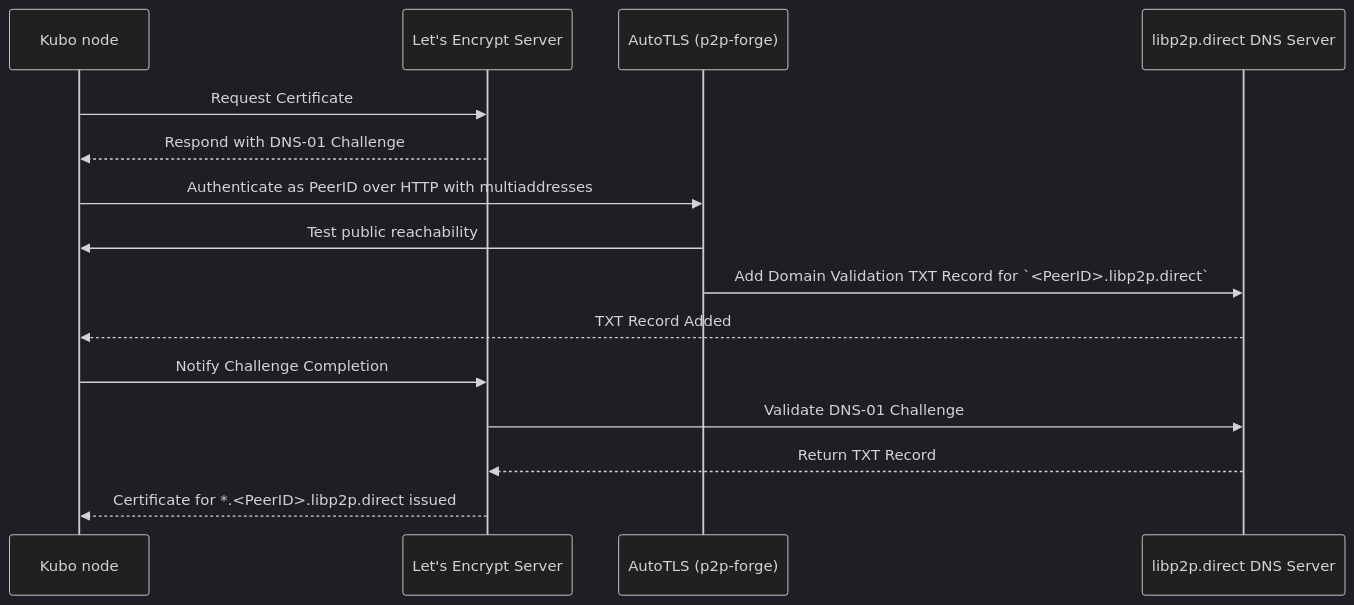
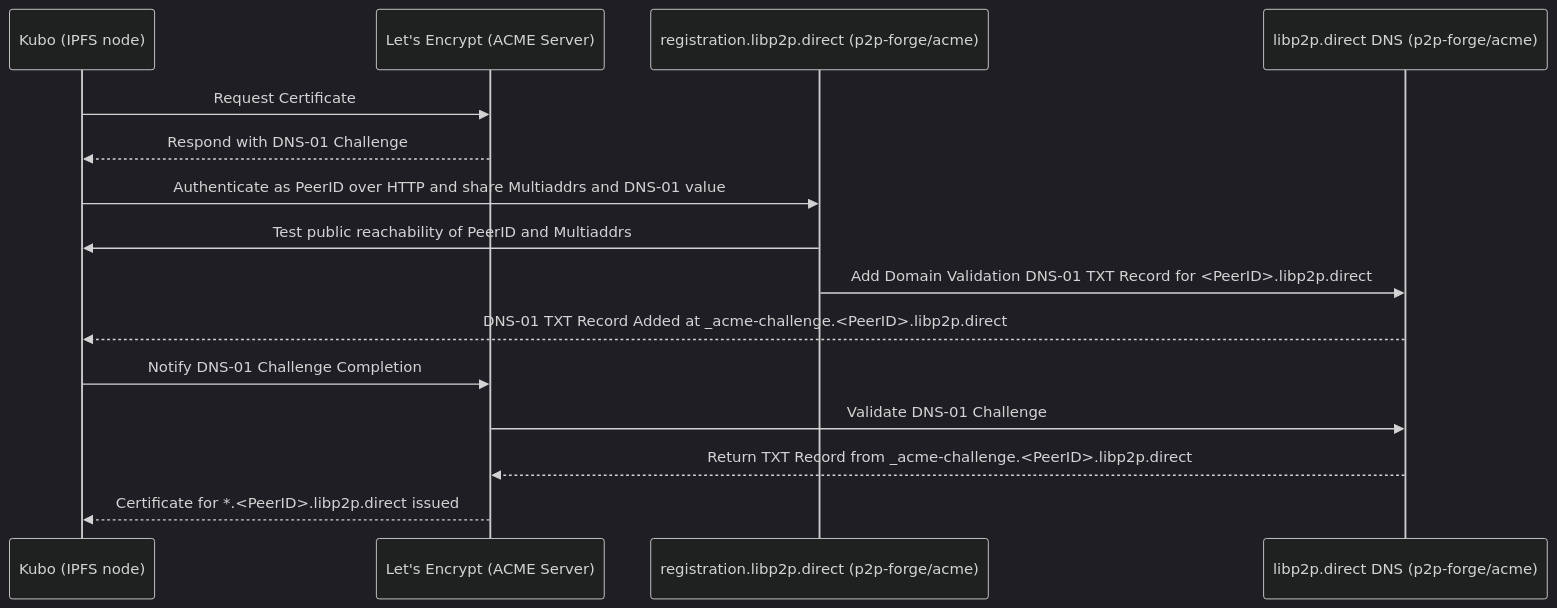
The first of 2 diagrams in README.md (ipshipyard/p2p-forge), drawn with Mermaid (dark theme) before and after one commit. The commit also changed other lines of this file and 2 other files, not shown here.

````diff
--- a/README.md
+++ b/README.md
@@ -13,22 +16,22 @@
 ```mermaid
 sequenceDiagram
-    participant Client as Kubo node
-    participant LE as Let's Encrypt Server
-    participant AutoTLS as AutoTLS (p2p-forge)
-    participant DNS as libp2p.direct DNS Server
+    participant Client as Kubo (IPFS node)
+    participant LE as Let's Encrypt (ACME Server)
+    participant Registration as registration.libp2p.direct (p2p-forge/acme)
+    participant DNS as libp2p.direct DNS (p2p-forge/acme)
 
     Client->>LE: Request Certificate
     LE-->>Client: Respond with DNS-01 Challenge
 
-    Client->>AutoTLS: Authenticate as PeerID over HTTP with multiaddresses
-    AutoTLS->>Client: Test public reachability
+    Client->>Registration: Authenticate as PeerID over HTTP and share Multiaddrs and DNS-01 value
+    Registration->>Client: Test public reachability of PeerID and Multiaddrs
 
-    AutoTLS->>DNS: Add Domain Validation TXT Record for `<PeerID>.libp2p.direct`
-    DNS-->>Client: TXT Record Added
+    Registration->>DNS: Add Domain Validation DNS-01 TXT Record for <PeerID>.libp2p.direct
+    DNS-->>Client: DNS-01 TXT Record Added at _acme-challenge.<PeerID>.libp2p.direct
 
-    Client->>LE: Notify Challenge Completion
+    Client->>LE: Notify DNS-01 Challenge Completion
     LE->>DNS: Validate DNS-01 Challenge
-    DNS-->>LE: Return TXT Record
+    DNS-->>LE: Return TXT Record from _acme-challenge.<PeerID>.libp2p.direct
 
     LE-->>Client: Certificate for *.<PeerID>.libp2p.direct issued
 ```
````
